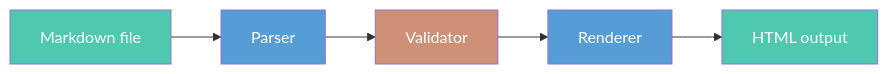
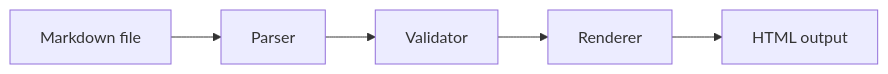
The diagram in examples/feature-tour.md (TJMSolns/MD-Slides), drawn with Mermaid before and after one commit. The commit also changed other lines of this file and 4 other files, not shown here.

First line of the commit message:
WCAG: page language, code highlighting contrast, tour diagram colours

````diff
--- a/examples/feature-tour.md
+++ b/examples/feature-tour.md
@@ -186,12 +186,7 @@
 ```mermaid
 graph LR
     A[Markdown file] --> B[Parser]
     B --> C[Validator]
     C --> D[Renderer]
     D --> E[HTML output]
-    style A fill:#4ec9b0,color:#fff
-    style B fill:#569cd6,color:#fff
-    style C fill:#ce9178,color:#fff
-    style D fill:#569cd6,color:#fff
-    style E fill:#4ec9b0,color:#fff
 ```
````
